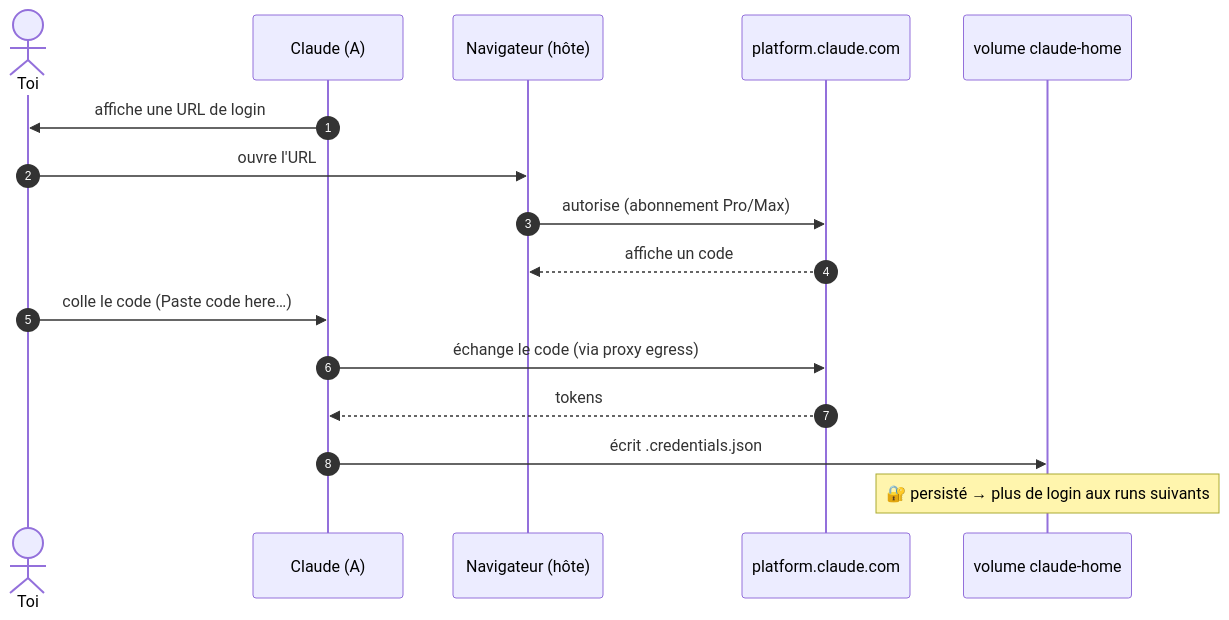
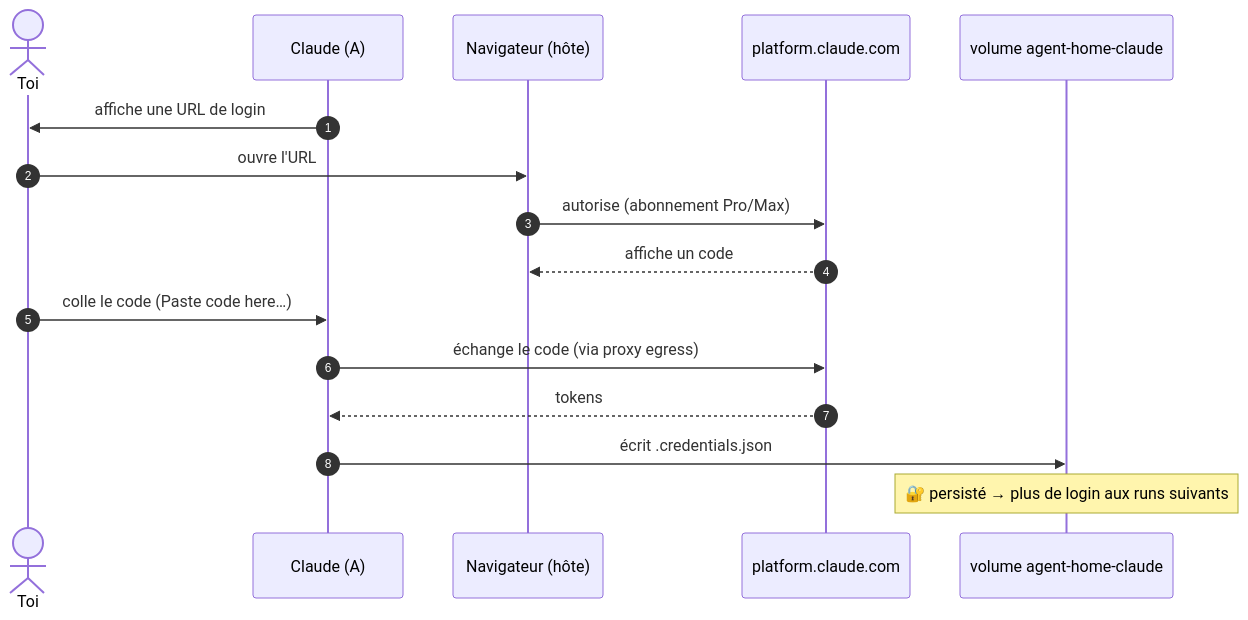
One commit to Akeuuh/agent-airlock changed the diagram in docs/authentification.md. Above: the diagram before and after it, drawn with Mermaid. The commit also changed other lines of this file and 13 other files, not shown here.

First line of the commit message:
docs: add multi-harness architecture documentation and guides

````diff
--- a/docs/authentification.md
+++ b/docs/authentification.md
@@ -8,19 +15,19 @@
 ```mermaid
 sequenceDiagram
     autonumber
     actor U as Toi
     participant CC as Claude (A)
     participant BR as Navigateur (hôte)
     participant P as platform.claude.com
-    participant V as volume claude-home
+    participant V as volume agent-home-claude
 
     CC->>U: affiche une URL de login
     U->>BR: ouvre l'URL
     BR->>P: autorise (abonnement Pro/Max)
     P-->>BR: affiche un code
     U->>CC: colle le code (Paste code here…)
     CC->>P: échange le code (via proxy egress)
     P-->>CC: tokens
     CC->>V: écrit .credentials.json
     Note over V: 🔐 persisté → plus de login aux runs suivants
 ```
````
